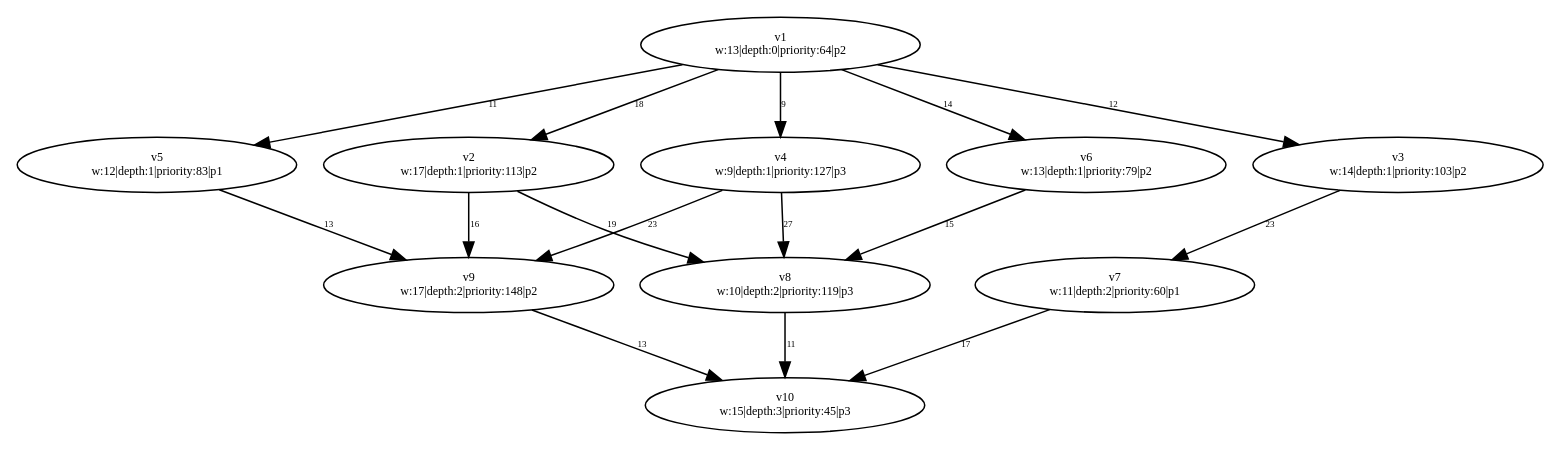
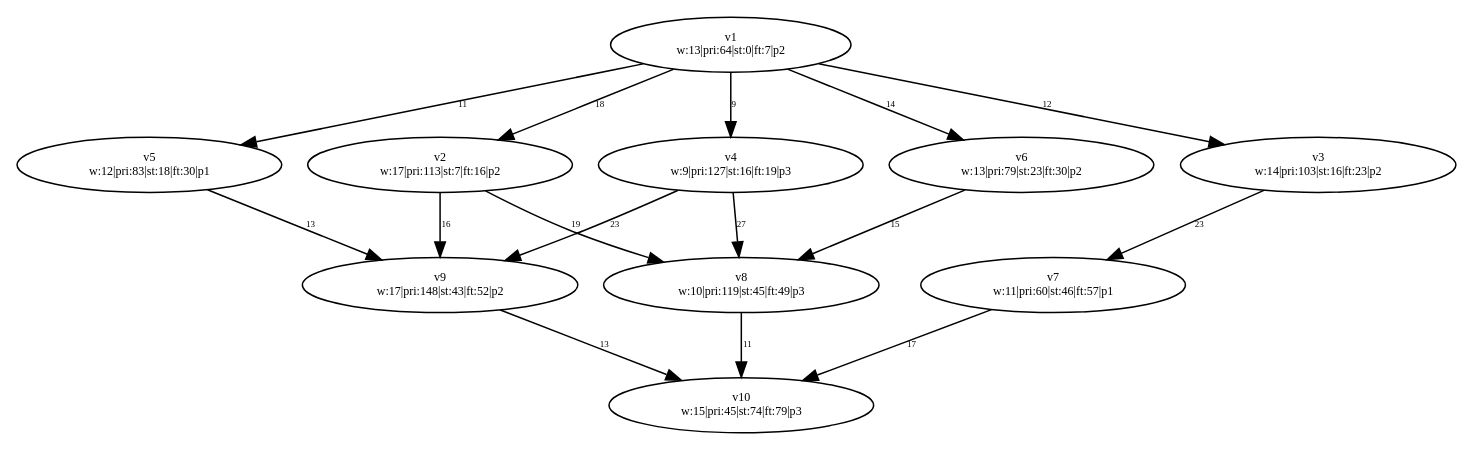
One commit to dexters1/Task-Scheduling-Based-on-Genetic-Algorithms changed the diagram in PythonApplication1/PythonApplication1/test-output/slika_7.gv. Above: the diagram before and after it, drawn with Graphviz. The commit also changed 51 other files, not shown here.

Commit message:
Finished unitTesting for Graph + Processor modules

```diff
--- a/PythonApplication1/PythonApplication1/test-output/slika_7.gv
+++ b/PythonApplication1/PythonApplication1/test-output/slika_7.gv
@@ -1,37 +1,37 @@
 digraph {
 	v1 [label="v1
-w:13|depth:0|priority:64|p2" fontsize=8.0]
+w:13|pri:64|st:0|ft:7|p2" fontsize=8.0]
 	v4 [label="v4
-w:9|depth:1|priority:127|p3" fontsize=8.0]
+w:9|pri:127|st:16|ft:19|p3" fontsize=8.0]
 	v2 [label="v2
-w:17|depth:1|priority:113|p2" fontsize=8.0]
+w:17|pri:113|st:7|ft:16|p2" fontsize=8.0]
 	v3 [label="v3
-w:14|depth:1|priority:103|p2" fontsize=8.0]
+w:14|pri:103|st:16|ft:23|p2" fontsize=8.0]
 	v5 [label="v5
-w:12|depth:1|priority:83|p1" fontsize=8.0]
+w:12|pri:83|st:18|ft:30|p1" fontsize=8.0]
 	v6 [label="v6
-w:13|depth:1|priority:79|p2" fontsize=8.0]
+w:13|pri:79|st:23|ft:30|p2" fontsize=8.0]
 	v9 [label="v9
-w:17|depth:2|priority:148|p2" fontsize=8.0]
+w:17|pri:148|st:43|ft:52|p2" fontsize=8.0]
 	v8 [label="v8
-w:10|depth:2|priority:119|p3" fontsize=8.0]
+w:10|pri:119|st:45|ft:49|p3" fontsize=8.0]
 	v7 [label="v7
-w:11|depth:2|priority:60|p1" fontsize=8.0]
+w:11|pri:60|st:46|ft:57|p1" fontsize=8.0]
 	v10 [label="v10
-w:15|depth:3|priority:45|p3" fontsize=8.0]
+w:15|pri:45|st:74|ft:79|p3" fontsize=8.0]
 	v1 -> v2 [label=18 constraint=true fontsize=6.0]
 	v1 -> v3 [label=12 constraint=true fontsize=6.0]
 	v1 -> v4 [label=9 constraint=true fontsize=6.0]
 	v1 -> v5 [label=11 constraint=true fontsize=6.0]
 	v1 -> v6 [label=14 constraint=true fontsize=6.0]
 	v2 -> v8 [label=19 constraint=true fontsize=6.0]
 	v2 -> v9 [label=16 constraint=true fontsize=6.0]
 	v3 -> v7 [label=23 constraint=true fontsize=6.0]
 	v4 -> v8 [label=27 constraint=true fontsize=6.0]
 	v4 -> v9 [label=23 constraint=true fontsize=6.0]
 	v5 -> v9 [label=13 constraint=true fontsize=6.0]
 	v6 -> v8 [label=15 constraint=true fontsize=6.0]
 	v7 -> v10 [label=17 constraint=true fontsize=6.0]
 	v8 -> v10 [label=11 constraint=true fontsize=6.0]
 	v9 -> v10 [label=13 constraint=true fontsize=6.0]
 }
```
